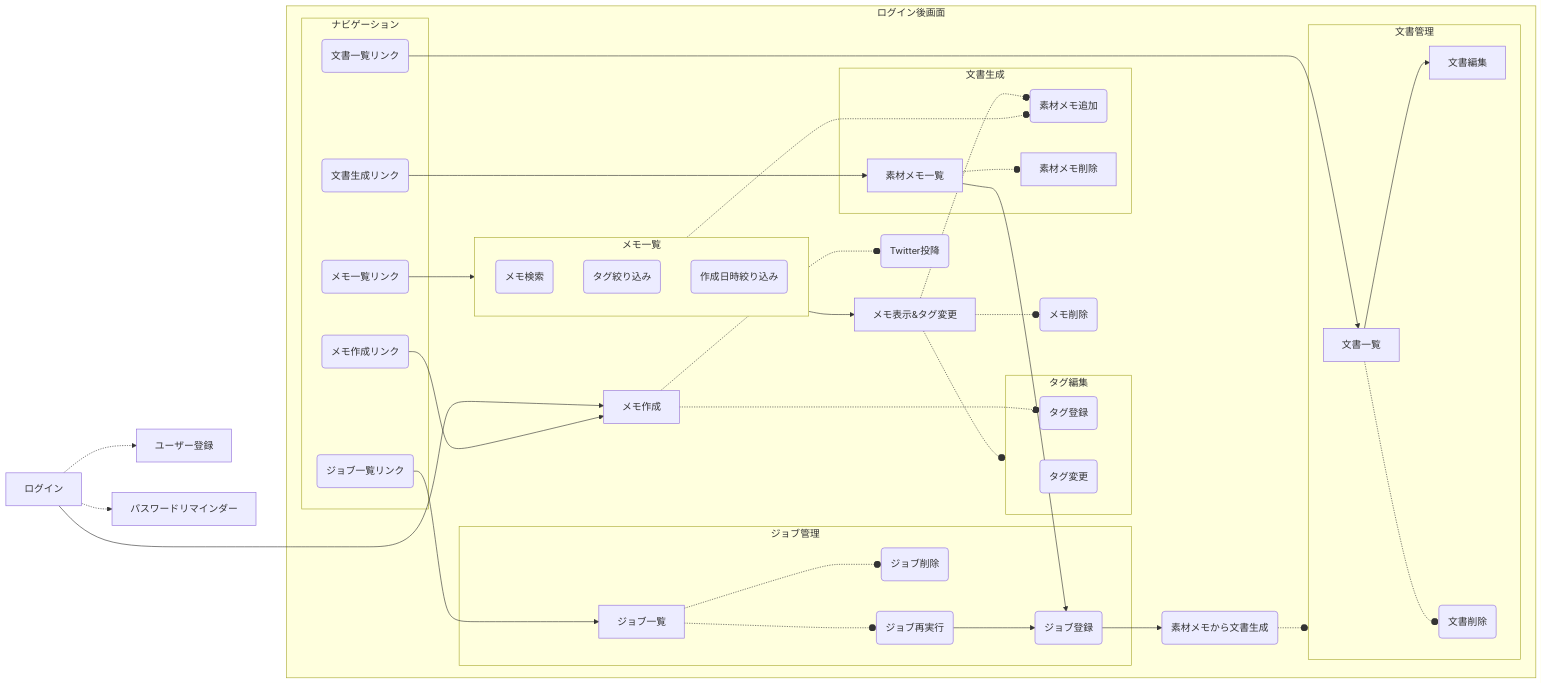
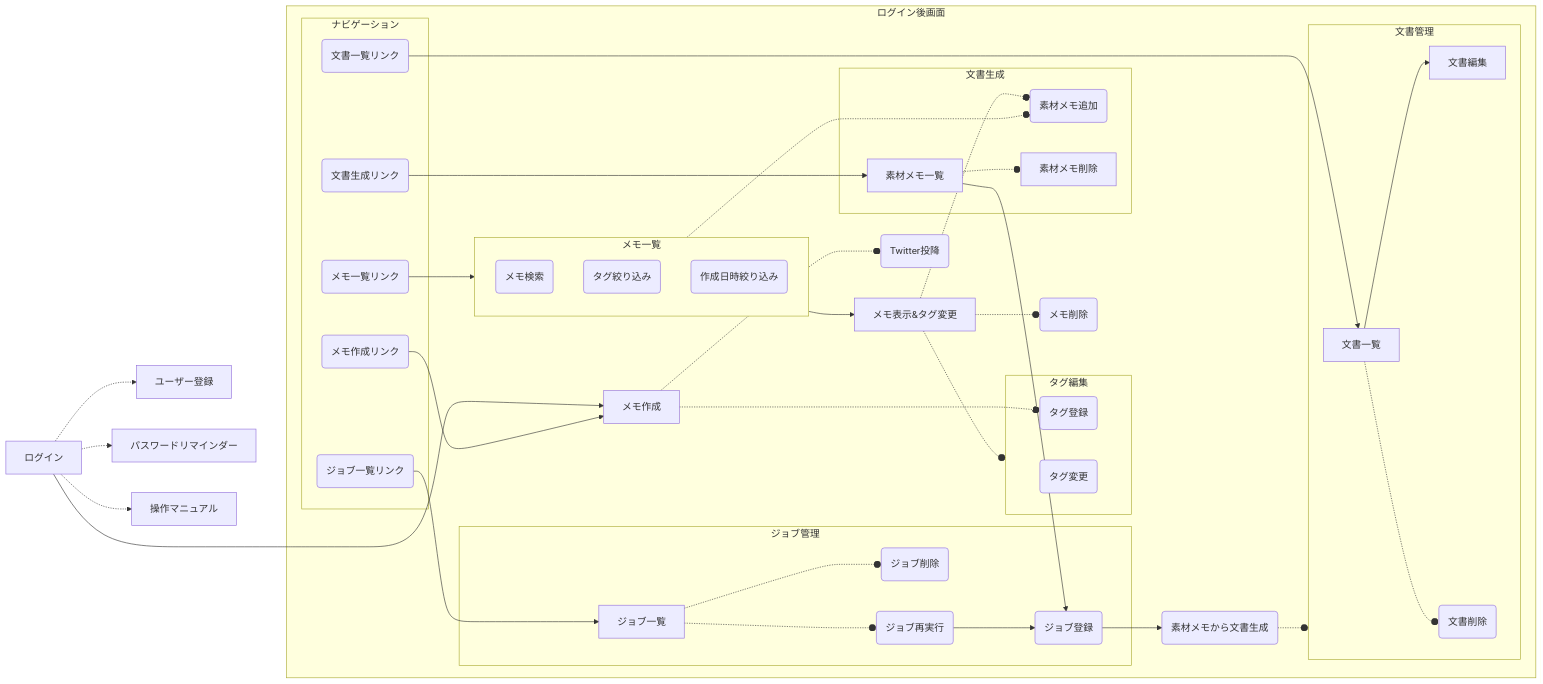
Before and after one commit to joyrswd/memodoc: the diagram in doc/outline.md, drawn with Mermaid. The commit also changed 6 other files, not shown here.

```diff
--- a/doc/outline.md
+++ b/doc/outline.md
@@ -76,6 +76,7 @@
     H(素材メモから文書生成)
     I[ユーザー登録]
     J[パスワードリマインダー]
+    K[操作マニュアル]
 
     subgraph Navi[ナビゲーション]
         Navi1(メモ作成リンク)
@@ -142,6 +143,7 @@
     H .-o E
     A .-> I
     A .-> J
+    A .-> K
     Navi1 --> B1
     Navi2 --> D
     Navi3 --> F2
```
